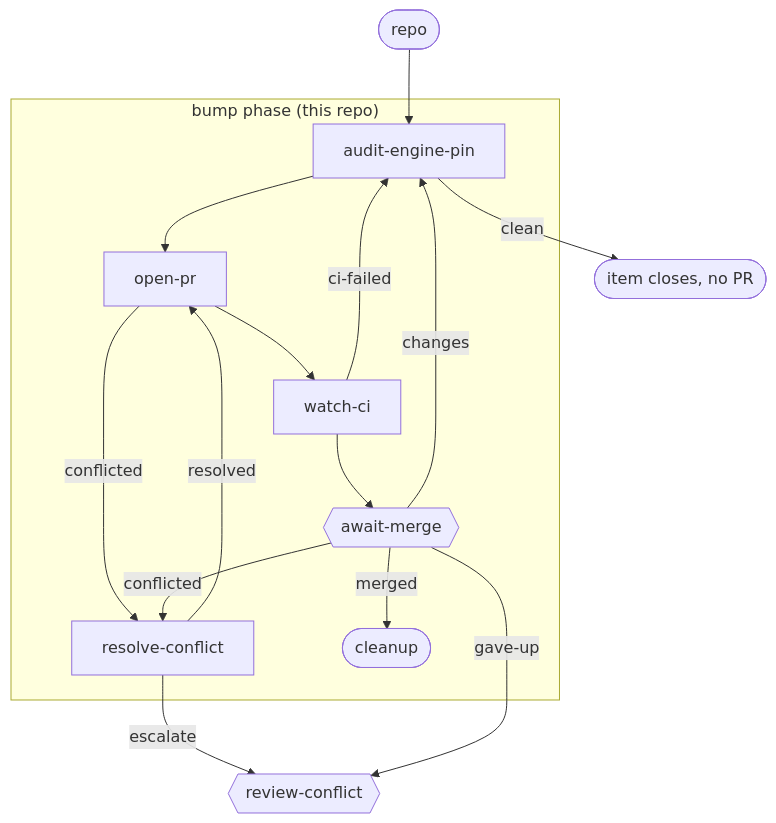
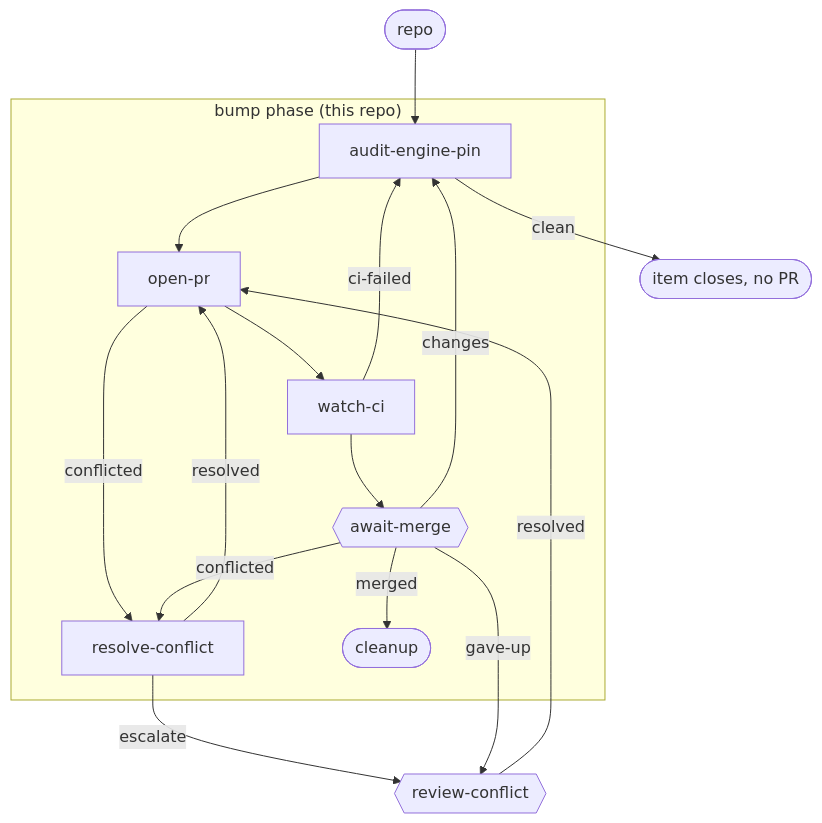
The diagram in docs/bump-engine-pin.md (kenmclennan/lightcycle-workflows), drawn with Mermaid before and after one commit. The commit also changed other lines of this file and 11 other files, not shown here.

````diff
--- a/docs/bump-engine-pin.md
+++ b/docs/bump-engine-pin.md
@@ -15,16 +15,17 @@
 ```mermaid
 flowchart TD
     repo(["repo"]) --> AEP["audit-engine-pin"]
     AEP -->|clean| DONE(["item closes, no PR"])
     subgraph P ["bump phase (this repo)"]
         AEP --> OP["open-pr"] --> WCI["watch-ci"] --> AM{{"await-merge"}}
         WCI -->|ci-failed| AEP
         AM -->|changes| AEP
         OP -->|conflicted| RCF["resolve-conflict"]
         AM -->|conflicted| RCF
         RCF -->|resolved| OP
         AM -->|merged| CU(["cleanup"])
     end
     RCF -->|escalate| RCON{{"review-conflict"}}
     AM -->|gave-up| RCON
+    RCON -->|resolved| OP
 ```
````
